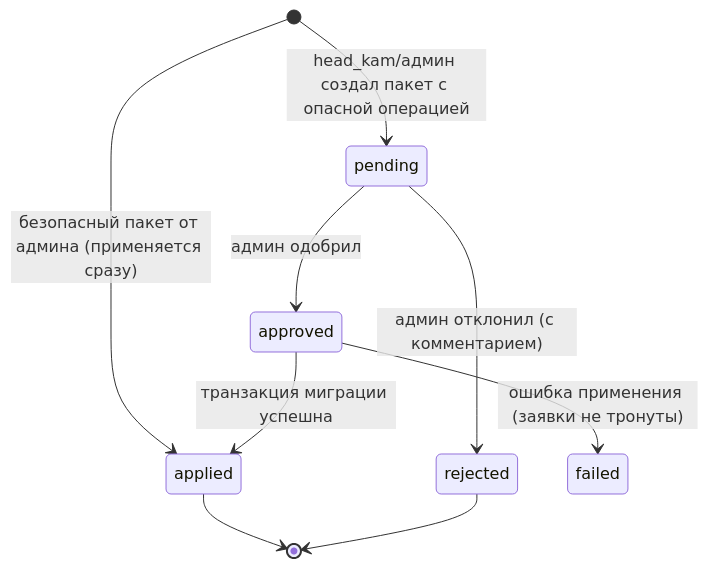
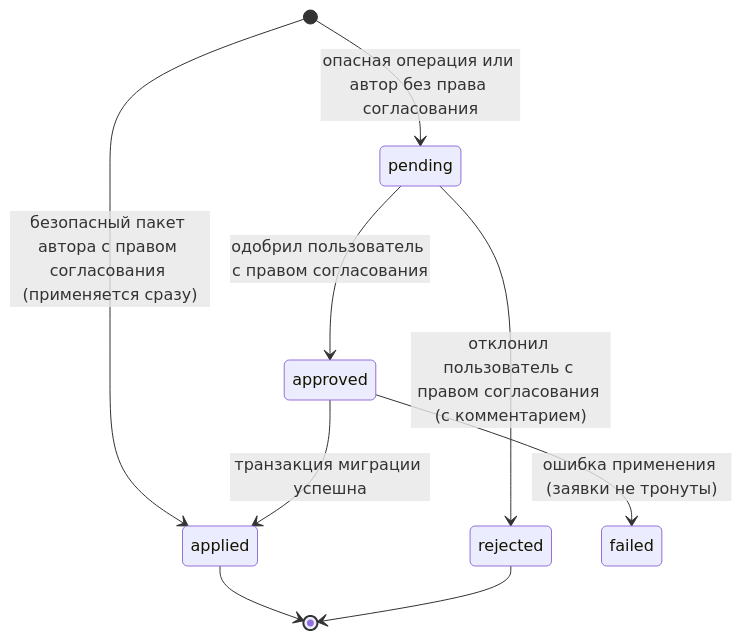
The sixth of 8 diagrams in docs/design/data-model.md (ilya2108/Collabse-LCT-Alma), drawn with Mermaid before and after one commit. The commit also changed other lines of this file and 26 other files, not shown here.

````diff
--- a/docs/design/data-model.md
+++ b/docs/design/data-model.md
@@ -712,11 +942,11 @@
 ```mermaid
 stateDiagram-v2
-    [*] --> pending : head_kam/админ создал пакет с опасной операцией
-    [*] --> applied : безопасный пакет от админа (применяется сразу)
-    pending --> approved : админ одобрил
-    pending --> rejected : админ отклонил (с комментарием)
+    [*] --> pending : опасная операция или автор без права согласования
+    [*] --> applied : безопасный пакет автора с правом согласования (применяется сразу)
+    pending --> approved : одобрил пользователь с правом согласования
+    pending --> rejected : отклонил пользователь с правом согласования (с комментарием)
     approved --> applied : транзакция миграции успешна
     approved --> failed : ошибка применения (заявки не тронуты)
     applied --> [*]
     rejected --> [*]
 ```
````
